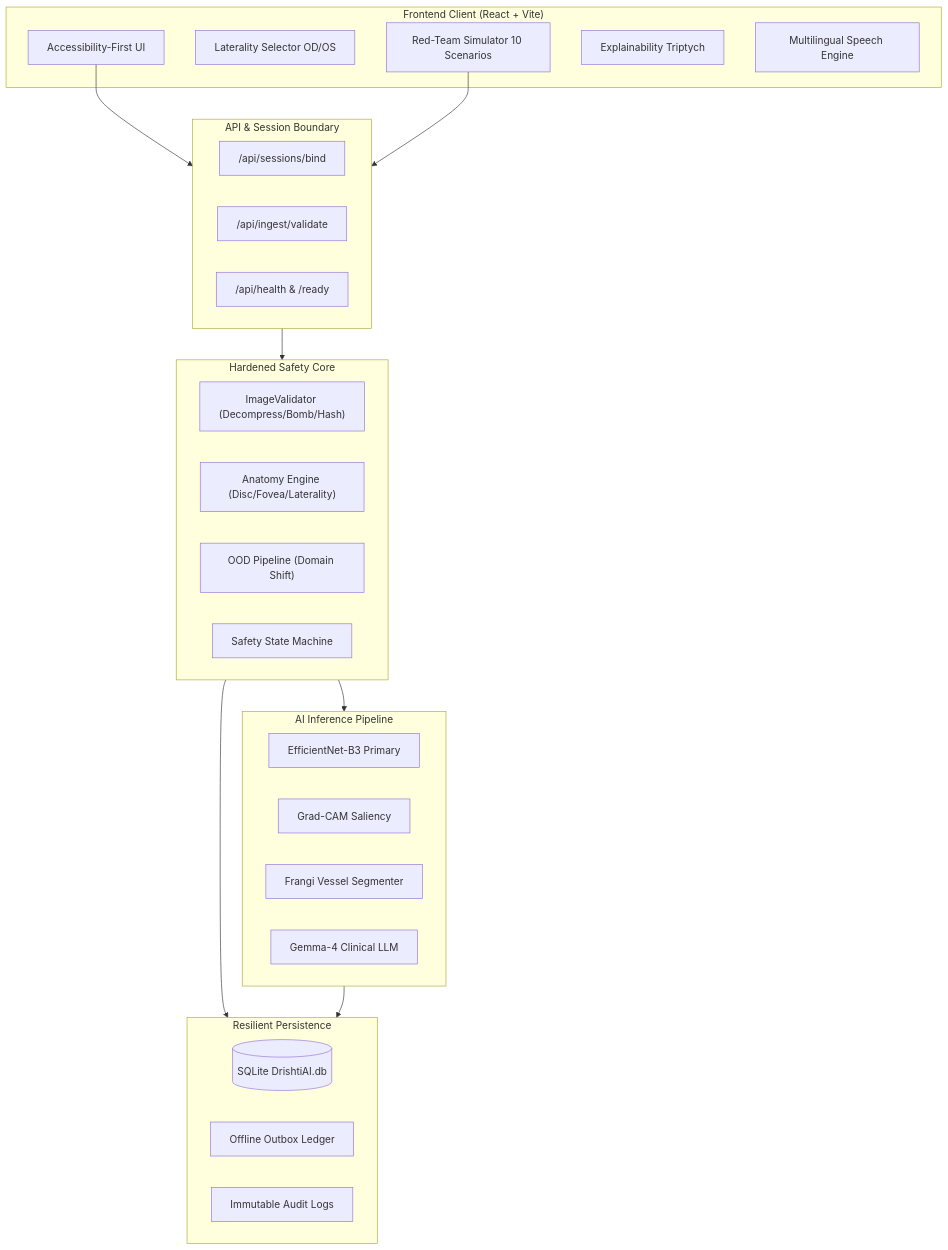
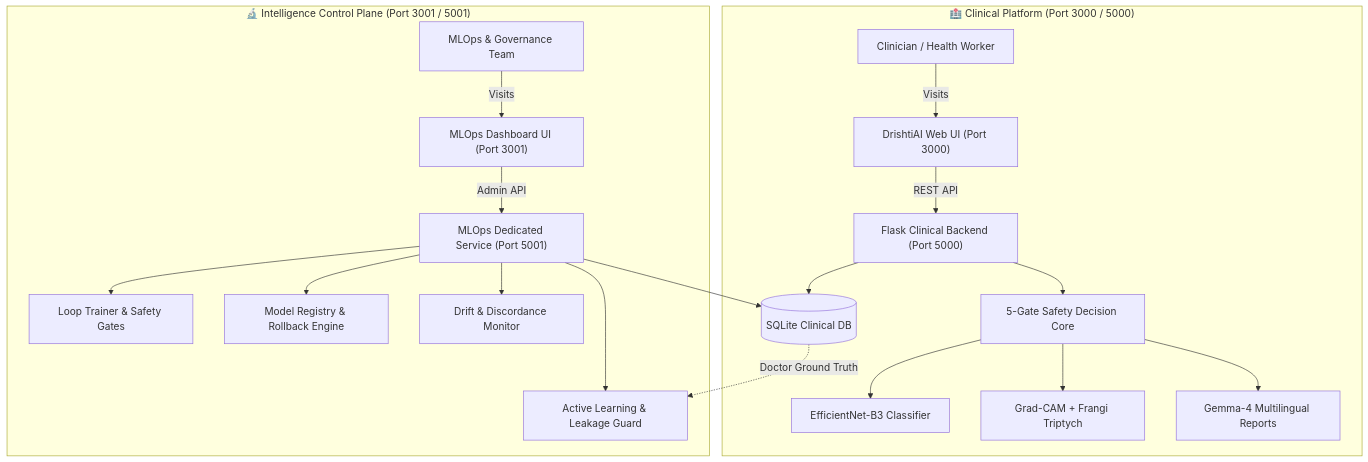
One commit to Devbhavsar007/DrishtiAI changed the diagram in README.md. Above: the diagram before and after it, drawn with Mermaid. The commit also changed other lines of this file, not shown here.

Commit message:
docs: overhaul README with dual-plane architecture, MLOps platform, and 230+ test suite details

````diff
--- a/README.md
+++ b/README.md
@@ -38,43 +41,24 @@
 ```mermaid
 graph TD
-    subgraph Client["Frontend Client (React + Vite)"]
-        UI["Accessibility-First UI"]
-        LateralityToggle["Laterality Selector OD/OS"]
-        DemoPanel["Red-Team Simulator 10 Scenarios"]
-        Triptych["Explainability Triptych"]
-        Audio["Multilingual Speech Engine"]
+    subgraph Clinical_Platform ["🏥 Clinical Platform (Port 3000 / 5000)"]
+        Doctor[Clinician / Health Worker] -->|Visits| UI3000["DrishtiAI Web UI (Port 3000)"]
+        UI3000 -->|REST API| Flask5000["Flask Clinical Backend (Port 5000)"]
+        Flask5000 --> SafetyCore["5-Gate Safety Decision Core"]
+        SafetyCore --> EffNet["EfficientNet-B3 Classifier"]
+        SafetyCore --> XAI["Grad-CAM + Frangi Triptych"]
+        SafetyCore --> GemmaLLM["Gemma-4 Multilingual Reports"]
+        Flask5000 --> DB[(SQLite Clinical DB)]
     end
 
-    subgraph Gateway["API & Session Boundary"]
-        SessionBind["/api/sessions/bind"]
-        IngestGate["/api/ingest/validate"]
-        HealthProbes["/api/health & /ready"]
+    subgraph Intelligence_Control_Plane ["🔬 Intelligence Control Plane (Port 3001 / 5001)"]
+        MLEng[MLOps & Governance Team] -->|Visits| UI3001["MLOps Dashboard UI (Port 3001)"]
+        UI3001 -->|Admin API| MLOps5001["MLOps Dedicated Service (Port 5001)"]
+        MLOps5001 --> DB
+        MLOps5001 --> ActiveLearning["Active Learning & Leakage Guard"]
+        MLOps5001 --> LoopTrainer["Loop Trainer & Safety Gates"]
+        MLOps5001 --> Registry["Model Registry & Rollback Engine"]
+        MLOps5001 --> DriftEngine["Drift & Discordance Monitor"]
     end
 
-    subgraph Core["Hardened Safety Core"]
-        ImgValidator["ImageValidator (Decompress/Bomb/Hash)"]
-        Anatomy["Anatomy Engine (Disc/Fovea/Laterality)"]
-        OOD["OOD Pipeline (Domain Shift)"]
-        StateMachine["Safety State Machine"]
-    end
-
-    subgraph Inference["AI Inference Pipeline"]
-        EfficientNet["EfficientNet-B3 Primary"]
-        GradCAM["Grad-CAM Saliency"]
-        Frangi["Frangi Vessel Segmenter"]
-        Gemma["Gemma-4 Clinical LLM"]
-    end
-
-    subgraph Storage["Resilient Persistence"]
-        DB[("SQLite DrishtiAI.db")]
-        SyncLedger["Offline Outbox Ledger"]
-        AuditLog["Immutable Audit Logs"]
-    end
-
-    UI --> Gateway
-    DemoPanel --> Gateway
-    Gateway --> Core
-    Core --> Inference
-    Core --> Storage
-    Inference --> Storage
+    DB -.->|Doctor Ground Truth| ActiveLearning
 ```
````
